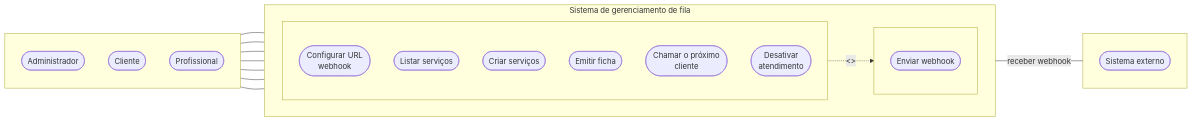
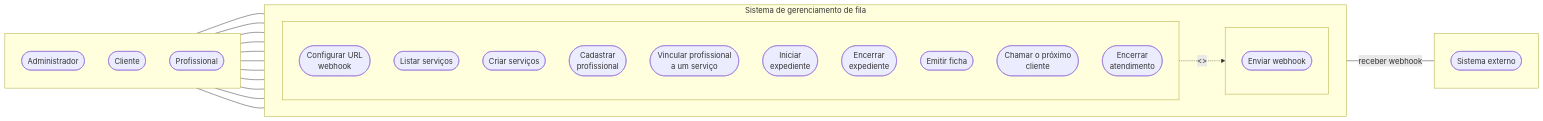
Before and after one commit to IsabelaSiqueira1/systemPDI: the diagram in docs/use_case.md, drawn with Mermaid. The commit also changed other lines of this file and 2 other files, not shown here.

Commit message:
adicionado diagrama entidade-relacionamento e atualizado requisitos e casos de uso com informações sobre profissionais e serviços

````diff
--- a/docs/use_case.md
+++ b/docs/use_case.md
@@ -5,50 +5,58 @@
 ```mermaid
 
 flowchart LR
 
 subgraph LEFT[" "]
 direction TB
 A1([Administrador])
 A2([Cliente])
 A3([Profissional])
 end
 
 subgraph SYS["Sistema de gerenciamento de fila"]
 direction LR
 
   subgraph UC_LEFT[" "]
   direction TB
   U1([Configurar URL<br/>webhook])
   U2([Listar serviços])
   U3([Criar serviços])
+  U8([Cadastrar<br/>profissional])
+  U9([Vincular profissional<br/>a um serviço])
+  U10([Iniciar<br/>expediente])
+  U11([Encerrar<br/>expediente])
   U4([Emitir ficha])
   U5([Chamar o próximo<br/>cliente])
-  U7([Desativar<br/>atendimento])
+  U7([Encerrar<br/>atendimento])
   end
 
   subgraph UC_RIGHT[" "]
   direction TB
   U6([Enviar webhook])
   end
 
 end
 
 subgraph RIGHT[" "]
 direction TB
 E([Sistema externo])
 end
 
 A1 --- U1
 A1 --- U2
 A1 --- U3
+A1 --- U8
 
 A2 --- U2
 A2 --- U4
 
+A3 --- U9
+A3 --- U10
+A3 --- U11
 A3 --- U5
 A3 --- U7
 
 U5 -. "<<include>>" .-> U6
 U6 ---|receber webhook| E
 
 ```
````
